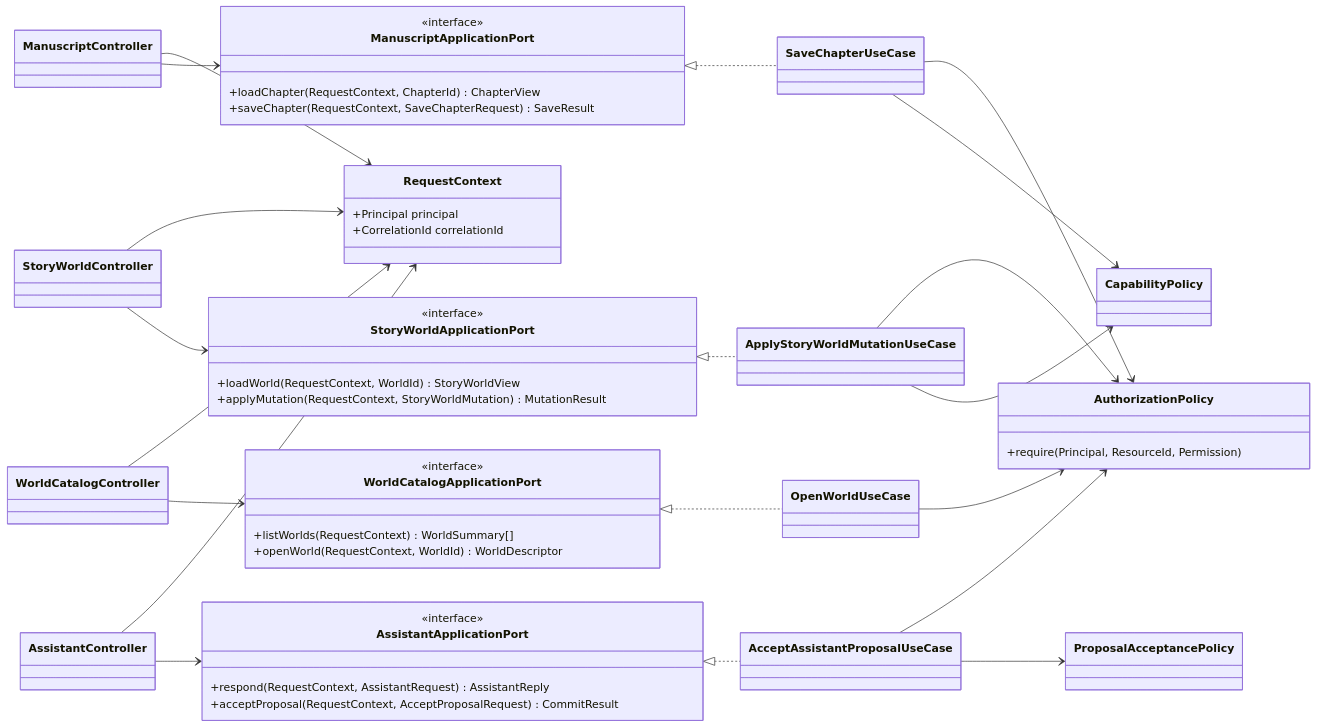
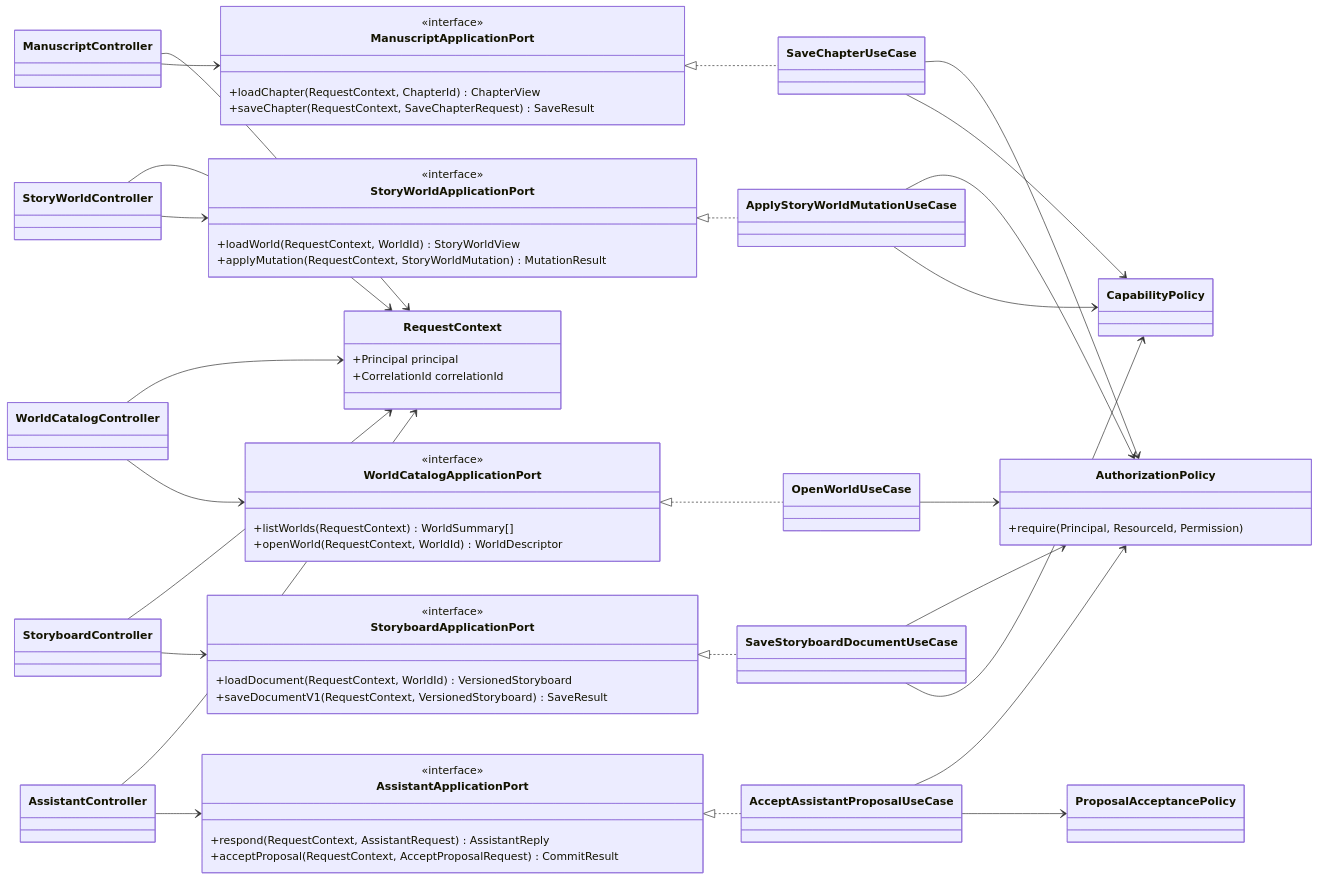
One commit to Tim3399/quiltor changed the first of 5 diagrams in docs/architecture/views/application-and-persistence.md. Above: the diagram before and after it, drawn with Mermaid. The commit also changed other lines of this file and 280 other files, not shown here.

Commit message:
feat: add storyboard planning and shared graph editing

````diff
--- a/docs/architecture/views/application-and-persistence.md
+++ b/docs/architecture/views/application-and-persistence.md
@@ -16,65 +16,77 @@
 ```mermaid
 classDiagram
 direction LR
 
 class ManuscriptController
 class StoryWorldController
+class StoryboardController
 class WorldCatalogController
 class AssistantController
 
 class RequestContext {
   +Principal principal
   +CorrelationId correlationId
 }
 
 class ManuscriptApplicationPort {
   <<interface>>
   +loadChapter(RequestContext, ChapterId) ChapterView
   +saveChapter(RequestContext, SaveChapterRequest) SaveResult
 }
 class StoryWorldApplicationPort {
   <<interface>>
   +loadWorld(RequestContext, WorldId) StoryWorldView
   +applyMutation(RequestContext, StoryWorldMutation) MutationResult
 }
+class StoryboardApplicationPort {
+  <<interface>>
+  +loadDocument(RequestContext, WorldId) VersionedStoryboard
+  +saveDocumentV1(RequestContext, VersionedStoryboard) SaveResult
+}
 class WorldCatalogApplicationPort {
   <<interface>>
   +listWorlds(RequestContext) WorldSummary[]
   +openWorld(RequestContext, WorldId) WorldDescriptor
 }
 class AssistantApplicationPort {
   <<interface>>
   +respond(RequestContext, AssistantRequest) AssistantReply
   +acceptProposal(RequestContext, AcceptProposalRequest) CommitResult
 }
 
 class SaveChapterUseCase
 class ApplyStoryWorldMutationUseCase
+class SaveStoryboardDocumentUseCase
 class OpenWorldUseCase
 class AcceptAssistantProposalUseCase
 class AuthorizationPolicy {
   +require(Principal, ResourceId, Permission)
 }
 class ProposalAcceptancePolicy
 class CapabilityPolicy
 
 ManuscriptController --> RequestContext
 StoryWorldController --> RequestContext
+StoryboardController --> RequestContext
 WorldCatalogController --> RequestContext
 AssistantController --> RequestContext
 ManuscriptController --> ManuscriptApplicationPort
 StoryWorldController --> StoryWorldApplicationPort
+StoryboardController --> StoryboardApplicationPort
 WorldCatalogController --> WorldCatalogApplicationPort
 AssistantController --> AssistantApplicationPort
 ManuscriptApplicationPort <|.. SaveChapterUseCase
 StoryWorldApplicationPort <|.. ApplyStoryWorldMutationUseCase
+StoryboardApplicationPort <|.. SaveStoryboardDocumentUseCase
 WorldCatalogApplicationPort <|.. OpenWorldUseCase
 AssistantApplicationPort <|.. AcceptAssistantProposalUseCase
 SaveChapterUseCase --> AuthorizationPolicy
 ApplyStoryWorldMutationUseCase --> AuthorizationPolicy
+SaveStoryboardDocumentUseCase --> AuthorizationPolicy
 OpenWorldUseCase --> AuthorizationPolicy
 AcceptAssistantProposalUseCase --> AuthorizationPolicy
 AcceptAssistantProposalUseCase --> ProposalAcceptancePolicy
 SaveChapterUseCase --> CapabilityPolicy
 ApplyStoryWorldMutationUseCase --> CapabilityPolicy
+SaveStoryboardDocumentUseCase --> CapabilityPolicy
 ```
````
